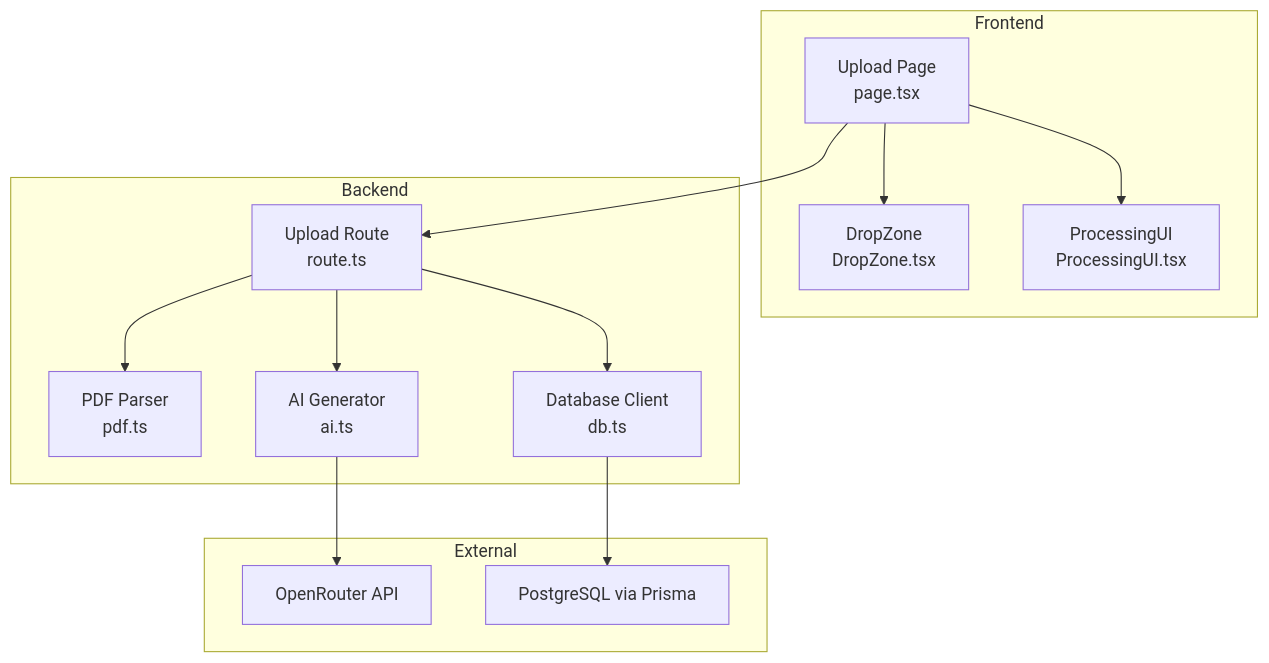
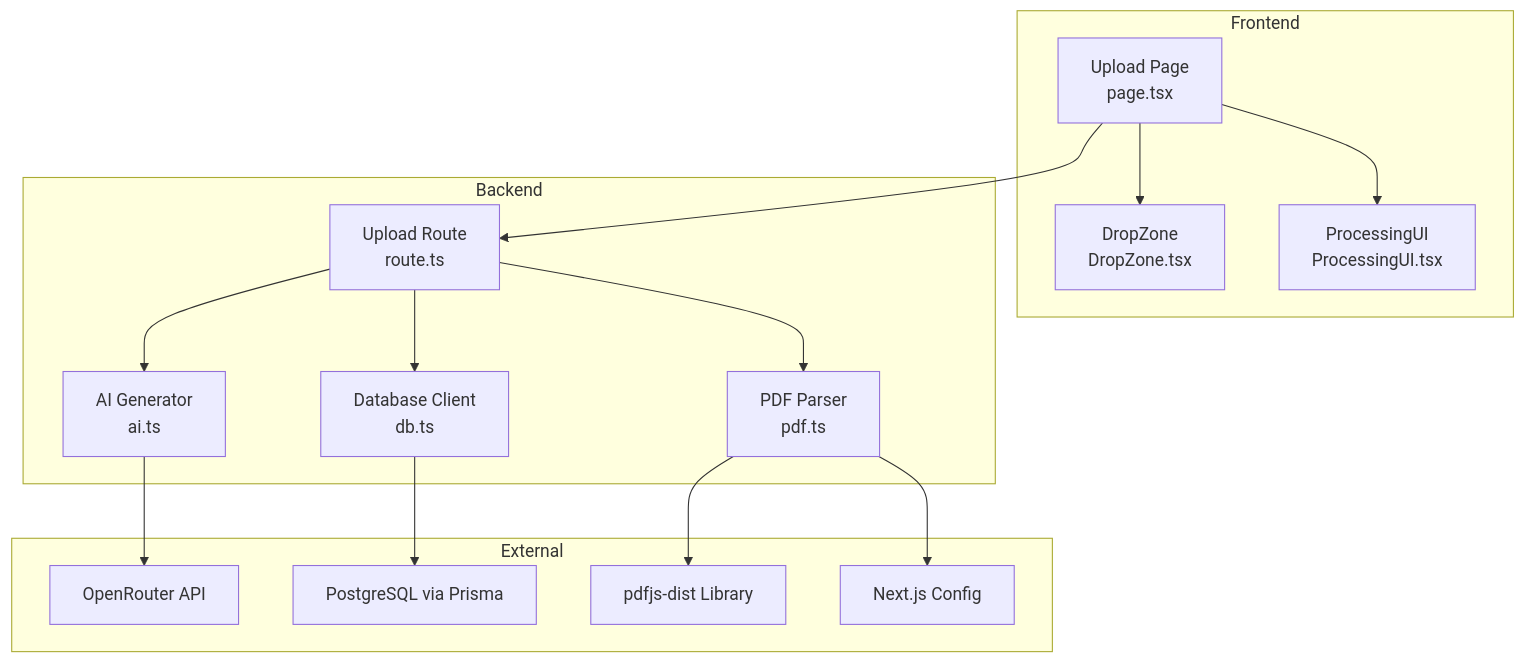
Before and after one commit to nitish-niraj/cumathassignment: the first of 4 diagrams in .qoder/repowiki/en/content/Core Features/PDF Upload and Processing.md, drawn with Mermaid. The commit also changed other lines of this file and 11 other files, not shown here.

Commit message:
Fix pdfjs-dist legacy build for serverless, eliminate framer-motion hydration errors

````diff
--- a/.qoder/repowiki/en/content/Core Features/PDF Upload and Processing.md
+++ b/.qoder/repowiki/en/content/Core Features/PDF Upload and Processing.md
@@ -49,26 +51,30 @@
 ```mermaid
 graph TB
 subgraph "Frontend"
 UI["Upload Page<br/>page.tsx"]
 DZ["DropZone<br/>DropZone.tsx"]
 PU["ProcessingUI<br/>ProcessingUI.tsx"]
 end
 subgraph "Backend"
 API["Upload Route<br/>route.ts"]
 PDF["PDF Parser<br/>pdf.ts"]
 AI["AI Generator<br/>ai.ts"]
 DB["Database Client<br/>db.ts"]
 end
 subgraph "External"
 OR["OpenRouter API"]
 PG["PostgreSQL via Prisma"]
+PDFJS["pdfjs-dist Library"]
+NEXT["Next.js Config"]
 end
 UI --> DZ
 UI --> PU
 UI --> API
 API --> PDF
 API --> AI
 API --> DB
 AI --> OR
 DB --> PG
+PDF --> PDFJS
+PDF --> NEXT
 ```
````
